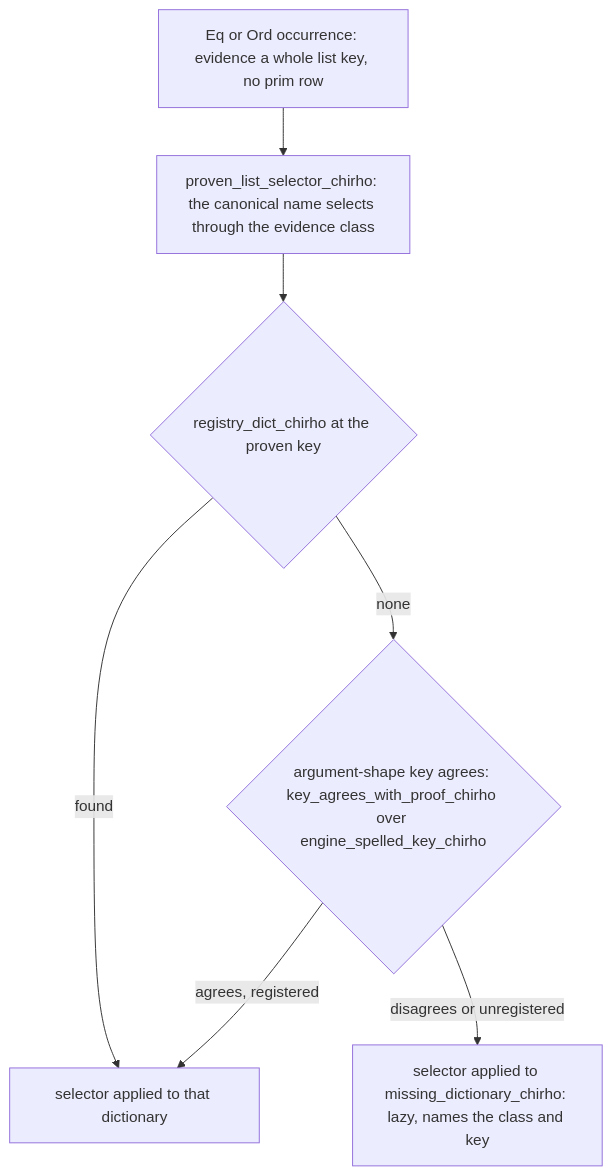
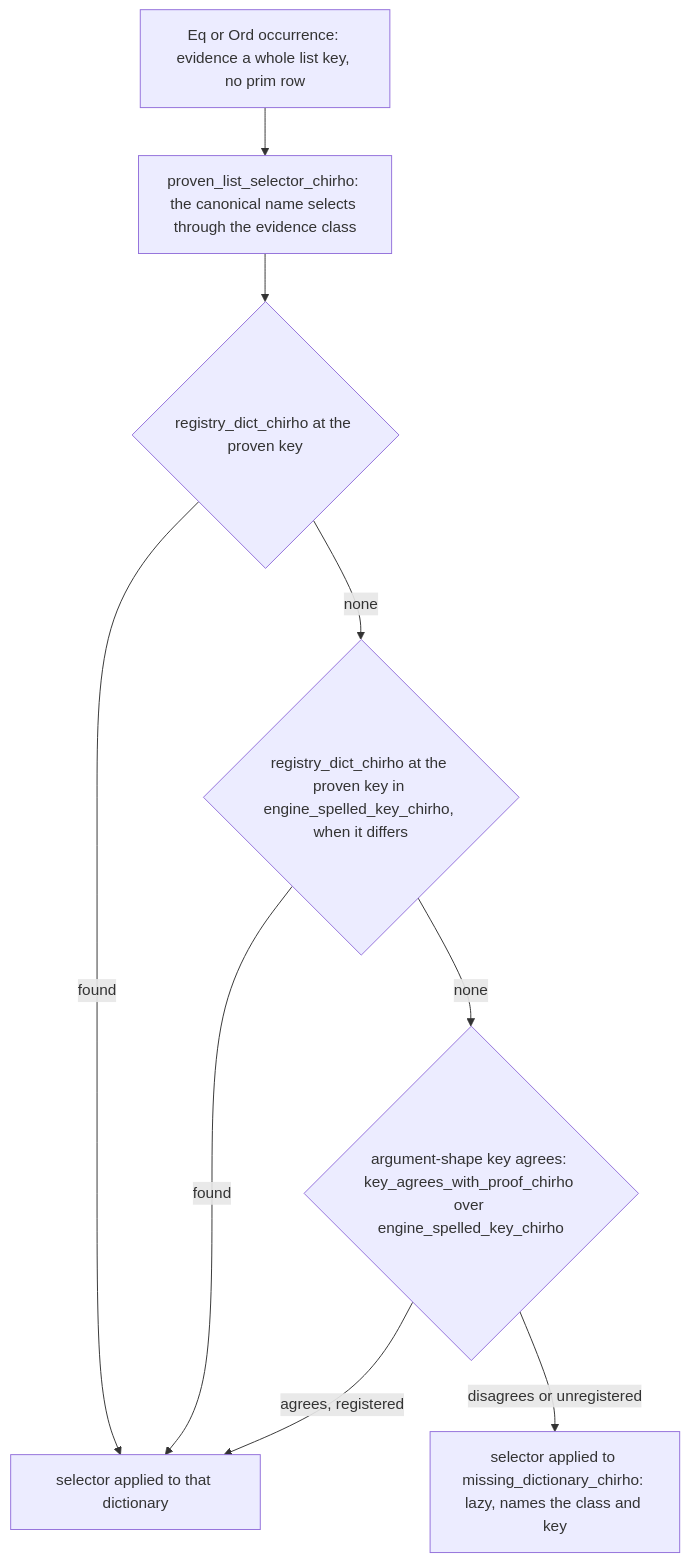
One commit to loveJesus/haskelujah-chirho changed the fourth of 7 diagrams in spec-chirho/workflows-chirho/language-features-chirho/dictionary-evidence-chirho.md. Above: the diagram before and after it, drawn with Mermaid. The commit also changed other lines of this file and 1 other file, not shown here.

First line of the commit message:
fix(dict): a proven list key's engine spelling serves before any caller key

````diff
--- a/spec-chirho/workflows-chirho/language-features-chirho/dictionary-evidence-chirho.md
+++ b/spec-chirho/workflows-chirho/language-features-chirho/dictionary-evidence-chirho.md
@@ -214,9 +214,11 @@
 ```mermaid
 flowchart TD
     occ_r2_chirho[Eq or Ord occurrence: evidence a whole list key, no prim row] --> sel_r2_chirho[proven_list_selector_chirho: the canonical name selects through the evidence class]
     sel_r2_chirho --> reg_r2_chirho{registry_dict_chirho at the proven key}
     reg_r2_chirho -->|found| app_r2_chirho[selector applied to that dictionary]
-    reg_r2_chirho -->|none| syn_r2_chirho{argument-shape key agrees: key_agrees_with_proof_chirho over engine_spelled_key_chirho}
+    reg_r2_chirho -->|none| eng_r2_chirho{registry_dict_chirho at the proven key in engine_spelled_key_chirho, when it differs}
+    eng_r2_chirho -->|found| app_r2_chirho
+    eng_r2_chirho -->|none| syn_r2_chirho{argument-shape key agrees: key_agrees_with_proof_chirho over engine_spelled_key_chirho}
     syn_r2_chirho -->|agrees, registered| app_r2_chirho
     syn_r2_chirho -->|disagrees or unregistered| err_r2_chirho[selector applied to missing_dictionary_chirho: lazy, names the class and key]
 ```
````
